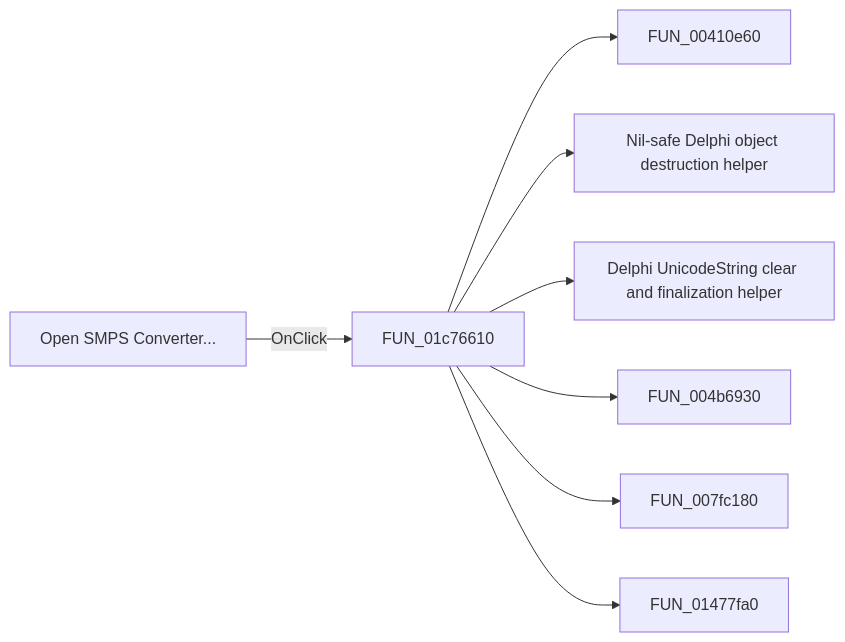
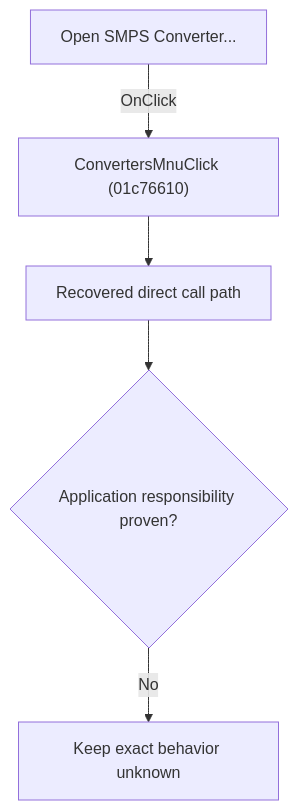
Before and after one commit to MovGP0/TIARA: the diagram in docs/ui-controls/schematiceditor/convertersmnu-2a7f408b83.md, drawn with Mermaid. The commit also changed other lines of this file and 1062 other files, not shown here.

````diff
--- a/docs/ui-controls/schematiceditor/convertersmnu-2a7f408b83.md
+++ b/docs/ui-controls/schematiceditor/convertersmnu-2a7f408b83.md
@@ -27,10 +27,7 @@
 ```mermaid
-flowchart LR
-    control["Open SMPS Converter..."] -->|OnClick| handler["FUN_01c76610"]
-    handler --> call1["FUN_00410e60"]
-    handler --> call2["Nil-safe Delphi object destruction helper"]
-    handler --> call3["Delphi UnicodeString clear and finalization helper"]
-    handler --> call4["FUN_004b6930"]
-    handler --> call5["FUN_007fc180"]
-    handler --> call6["FUN_01477fa0"]
+flowchart TD
+    control["Open SMPS Converter..."] -->|"OnClick"| handler["ConvertersMnuClick (01c76610)"]
+    handler --> recovered["Recovered direct call path"]
+    recovered --> gap{"Application responsibility proven?"}
+    gap -->|"No"| blocked["Keep exact behavior unknown"]
 ```
````
